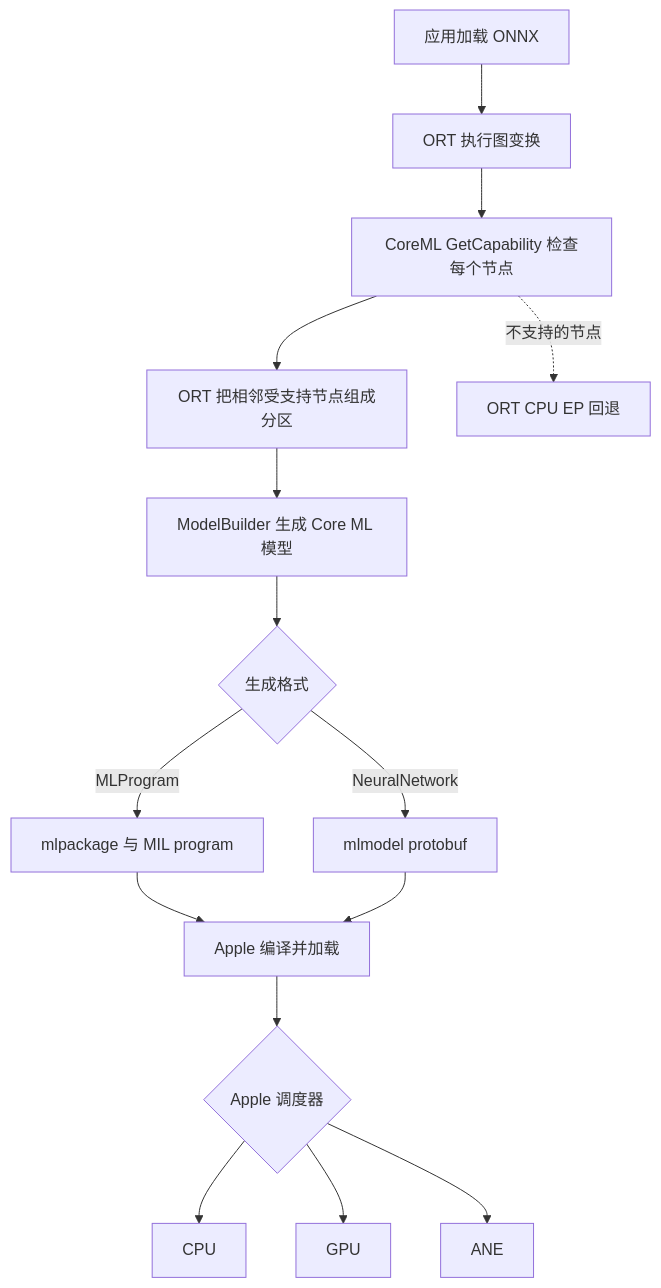
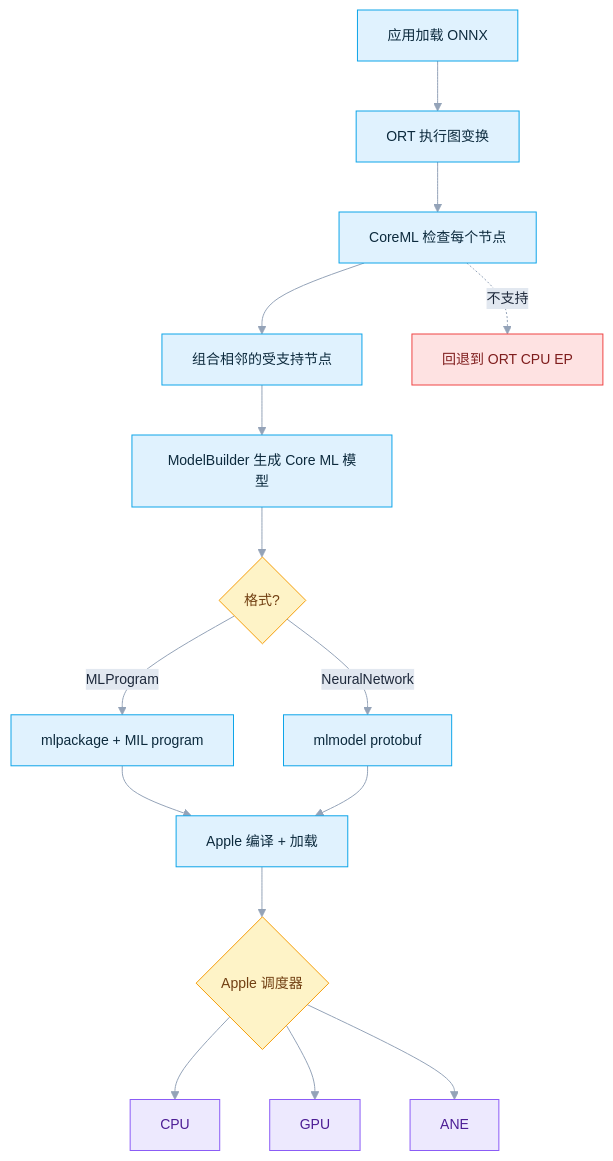
Before and after one commit to DakeQQ/Tutorial-ONNX-Runtime-Execution-Providers: the fourth of 12 diagrams in Apple/README.zh-CN.md, drawn with Mermaid. The commit also changed other lines of this file and 15 other files, not shown here.

````diff
--- a/Apple/README.zh-CN.md
+++ b/Apple/README.zh-CN.md
@@ -97,17 +128,26 @@
 ```mermaid
+%%{init: {"theme":"base","themeVariables":{"fontSize":"14px","lineColor":"#94a3b8","edgeLabelBackground":"#e2e8f0","primaryTextColor":"#1e293b"}}}%%
 flowchart TD
-    A[应用加载 ONNX] --> B[ORT 执行图变换]
-    B --> C[CoreML GetCapability 检查每个节点]
-    C --> D[ORT 把相邻受支持节点组成分区]
-    D --> E[ModelBuilder 生成 Core ML 模型]
-    E --> F{生成格式}
-    F -->|MLProgram| G[mlpackage 与 MIL program]
-    F -->|NeuralNetwork| H[mlmodel protobuf]
-    G --> I[Apple 编译并加载]
+    A["应用加载 ONNX"] --> B["ORT 执行图变换"]
+    B --> C["CoreML 检查每个节点"]
+    C --> D["组合相邻的受支持节点"]
+    D --> E["ModelBuilder 生成 Core ML 模型"]
+    E --> F{"格式?"}
+    F -->|MLProgram| G["mlpackage + MIL program"]
+    F -->|NeuralNetwork| H["mlmodel protobuf"]
+    G --> I["Apple 编译 + 加载"]
     H --> I
-    I --> J{Apple 调度器}
-    J --> K[CPU]
-    J --> L[GPU]
-    J --> M[ANE]
-    C -. 不支持的节点 .-> N[ORT CPU EP 回退]
+    I --> J{"Apple 调度器"}
+    J --> K["CPU"]
+    J --> L["GPU"]
+    J --> M["ANE"]
+    C -. 不支持 .-> N["回退到 ORT CPU EP"]
+    classDef step fill:#e0f2fe,stroke:#0ea5e9,color:#0c2a3d;
+    classDef dec fill:#fef3c7,stroke:#f59e0b,color:#713f12;
+    classDef dev fill:#ede9fe,stroke:#8b5cf6,color:#4c1d95;
+    classDef bad fill:#fee2e2,stroke:#ef4444,color:#7f1d1d;
+    class A,B,C,D,E,G,H,I step;
+    class F,J dec;
+    class K,L,M dev;
+    class N bad;
 ```
````
